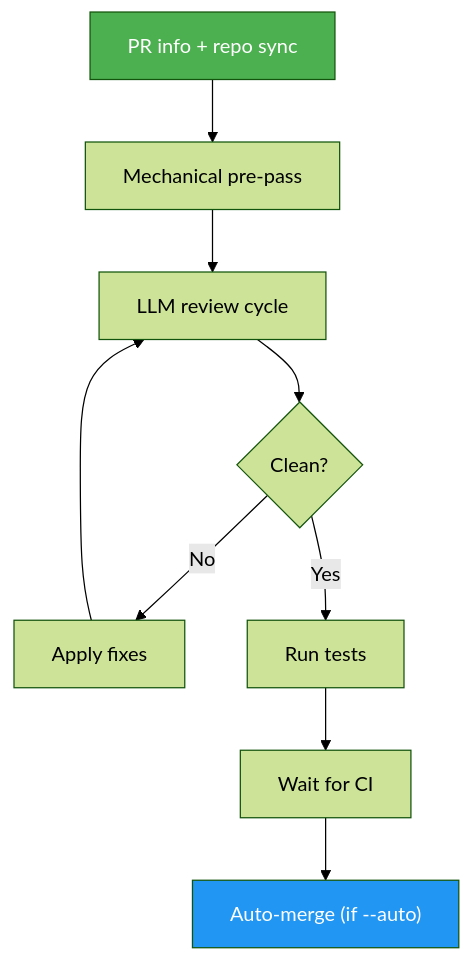
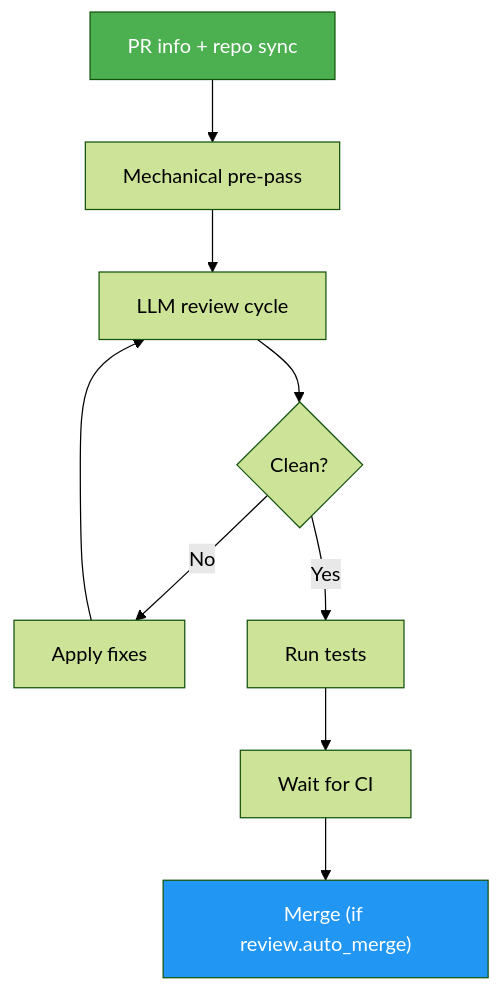
Before and after one commit to luongnv89/idd: the diagram in skills/issue-pr-review/docs/README.md, drawn with Mermaid (forest theme). The commit also changed other lines of this file and 22 other files, not shown here.

First line of the commit message:
refactor(issue-pr-review): give review.auto_merge one definition (#550) (#576)

````diff
--- a/skills/issue-pr-review/docs/README.md
+++ b/skills/issue-pr-review/docs/README.md
@@ -40,13 +40,13 @@
 ```mermaid
 graph TD
     A["PR info + repo sync"] --> B["Mechanical pre-pass"]
     B --> C["LLM review cycle"]
     C --> D{"Clean?"}
     D -- No --> E["Apply fixes"]
     E --> C
     D -- Yes --> F["Run tests"]
     F --> G["Wait for CI"]
-    G --> H["Auto-merge (if --auto)"]
+    G --> H["Merge (if review.auto_merge)"]
     style A fill:#4CAF50,color:#fff
     style H fill:#2196F3,color:#fff
 ```
````
